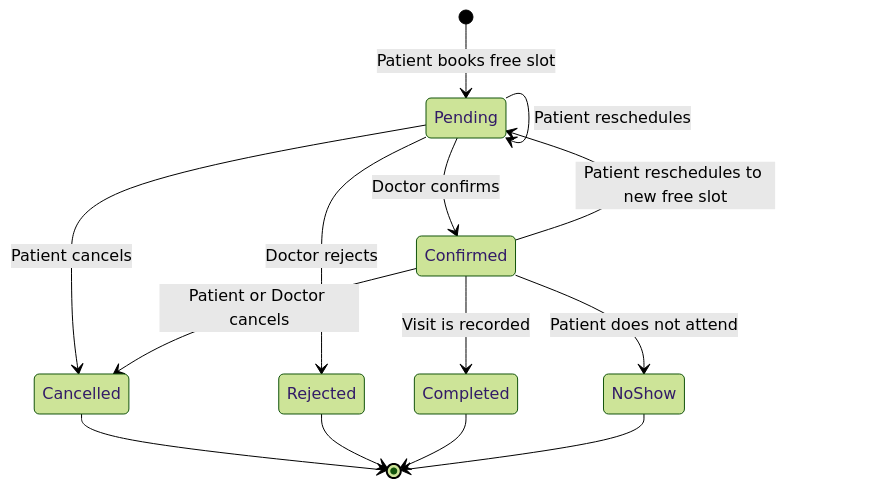
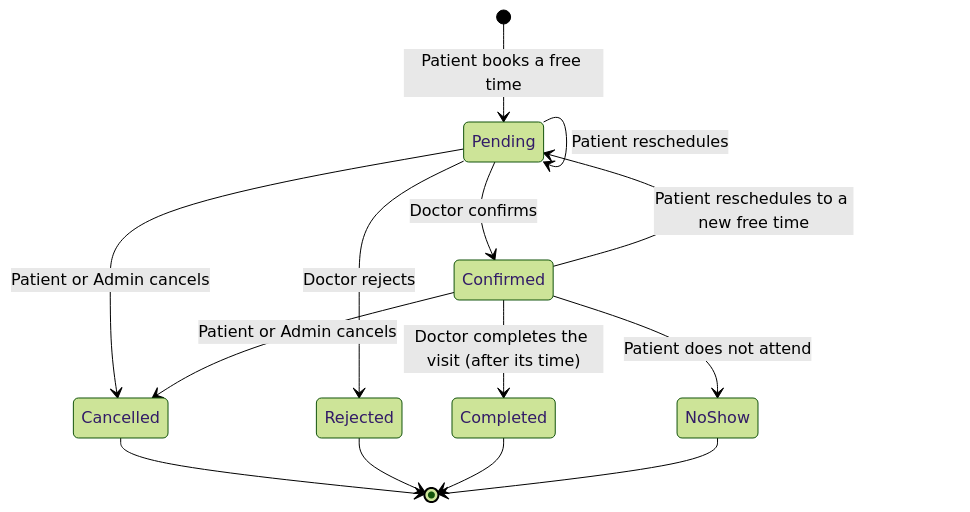
One commit to 3mrNasser/Medi-Care-Clinic-Management-Project-R5 changed the sixth of 9 diagrams in mdFiles/4.3 Data Flow and System Behavior.md. Above: the diagram before and after it, drawn with Mermaid (forest theme). The commit also changed other lines of this file and 18 other files, not shown here.

````diff
--- a/mdFiles/4.3 Data Flow and System Behavior.md
+++ b/mdFiles/4.3 Data Flow and System Behavior.md
@@ -155,16 +167,16 @@
 ```mermaid
 stateDiagram-v2
-    [*] --> Pending : Patient books free slot
+    [*] --> Pending : Patient books a free time
     Pending --> Pending : Patient reschedules
     Pending --> Confirmed : Doctor confirms
     Pending --> Rejected : Doctor rejects
-    Pending --> Cancelled : Patient cancels
-    Confirmed --> Pending : Patient reschedules to new free slot
-    Confirmed --> Cancelled : Patient or Doctor cancels
-    Confirmed --> Completed : Visit is recorded
+    Pending --> Cancelled : Patient or Admin cancels
+    Confirmed --> Pending : Patient reschedules to a new free time
+    Confirmed --> Cancelled : Patient or Admin cancels
+    Confirmed --> Completed : Doctor completes the visit (after its time)
     Confirmed --> NoShow : Patient does not attend
     Cancelled --> [*]
     Rejected --> [*]
     Completed --> [*]
     NoShow --> [*]
 ```
````
